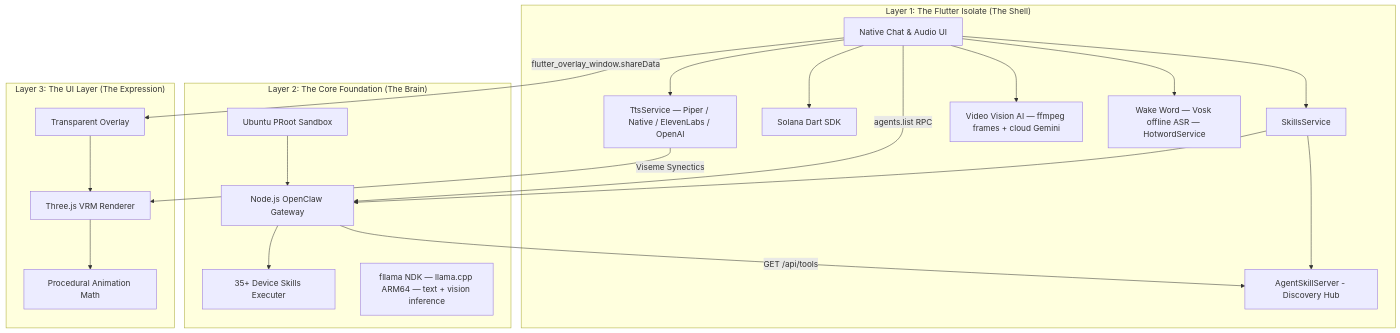
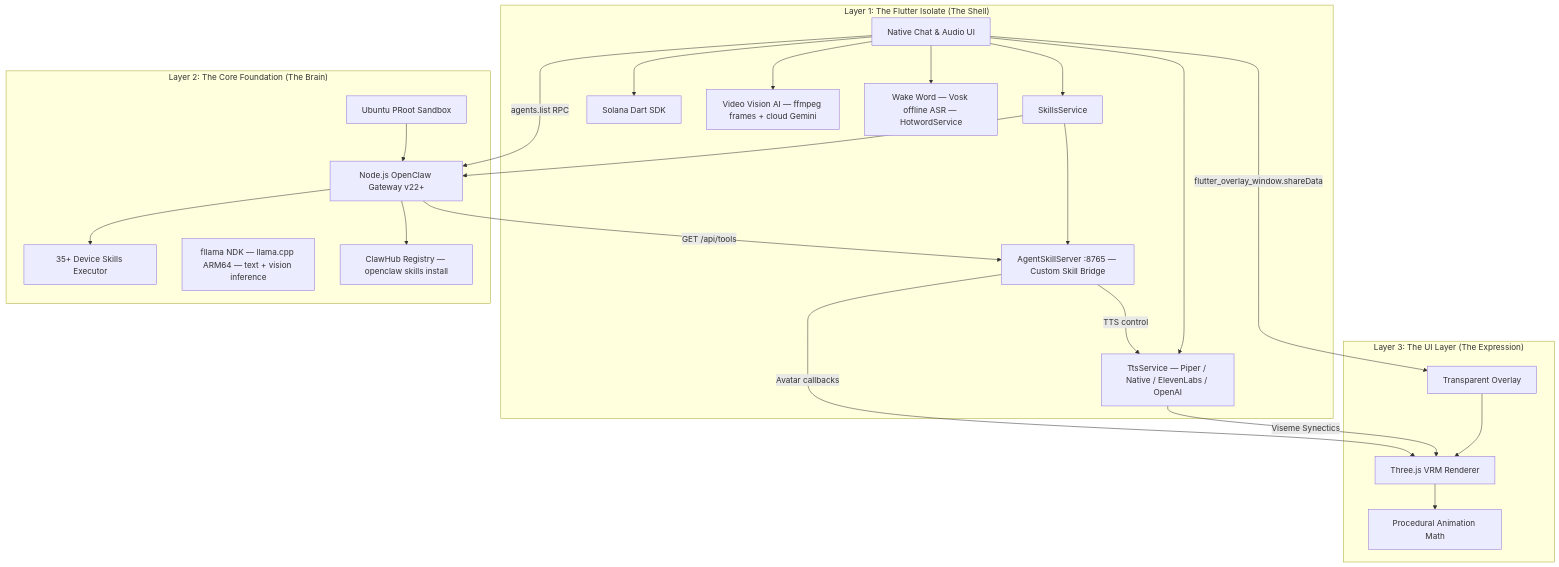
One commit to vmbbz/plawie changed the diagram in README.md. Above: the diagram before and after it, drawn with Mermaid. The commit also changed other lines of this file and 5 other files, not shown here.

````diff
--- a/README.md
+++ b/README.md
@@ -189,28 +213,31 @@
 ```mermaid
 graph TD
     subgraph "Layer 1: The Flutter Isolate (The Shell)"
         A[Native Chat & Audio UI] --> B[SkillsService]
         A --> C[Solana Dart SDK]
         A --> D[TtsService — Piper / Native / ElevenLabs / OpenAI]
         A --> V[Video Vision AI — ffmpeg frames + cloud Gemini]
         A --> W[Wake Word — Vosk offline ASR — HotwordService]
-        B --> K[AgentSkillServer - Discovery Hub]
+        B --> K[AgentSkillServer :8765 — Custom Skill Bridge]
     end
 
     subgraph "Layer 2: The Core Foundation (The Brain)"
-        E[Ubuntu PRoot Sandbox] --> F[Node.js OpenClaw Gateway]
+        E[Ubuntu PRoot Sandbox] --> F[Node.js OpenClaw Gateway v22+]
         B --> F
-        F --> G[35+ Device Skills Executer]
+        F --> G[35+ Device Skills Executor]
         F -- "GET /api/tools" --> K
         L[fllama NDK — llama.cpp ARM64 — text + vision inference]
+        F --> P[ClawHub Registry — openclaw skills install]
     end
 
     subgraph "Layer 3: The UI Layer (The Expression)"
         H[Transparent Overlay] --> I[Three.js VRM Renderer]
         I --> J[Procedural Animation Math]
     end
 
     A -- "flutter_overlay_window.shareData" --> H
     D -- "Viseme Synectics" --> I
     A -- "agents.list RPC" --> F
+    K -- "Avatar callbacks" --> I
+    K -- "TTS control" --> D
 ```
````
